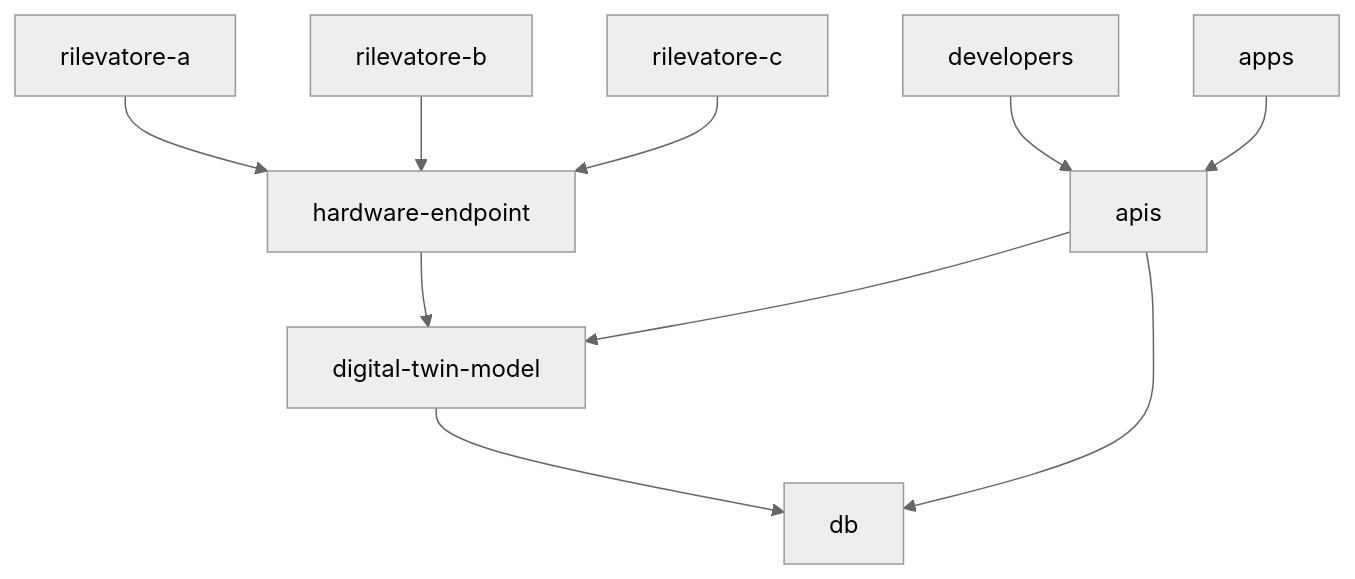
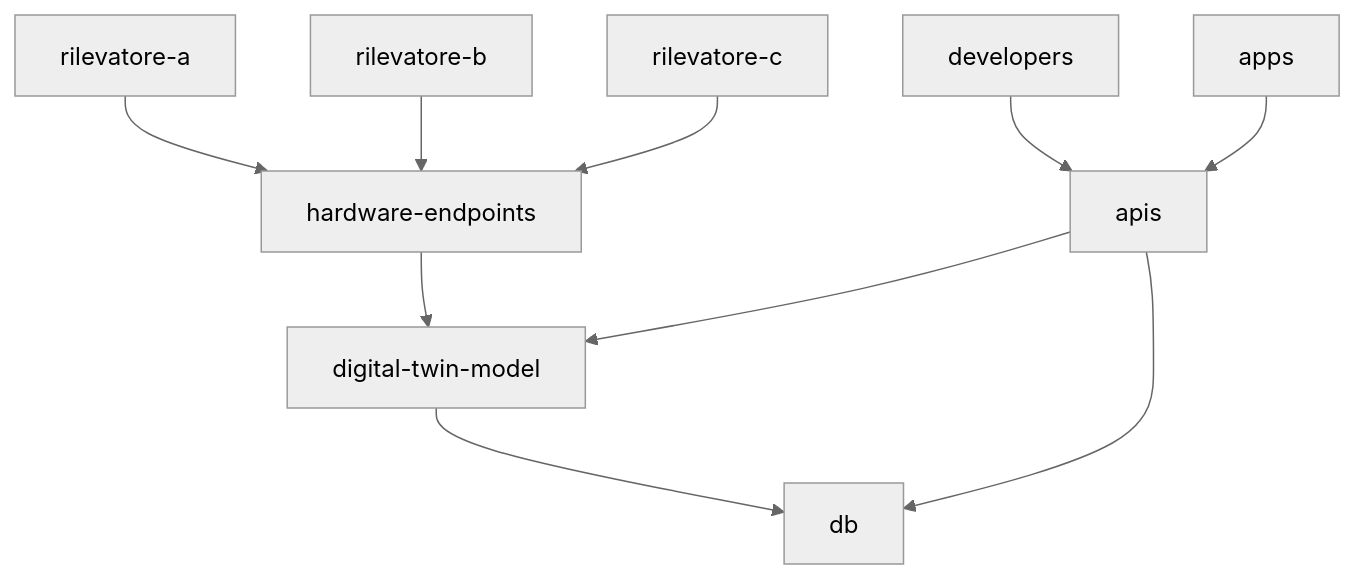
The diagram in README.md (mhllhm/our-water), drawn with Mermaid (neutral theme) before and after one commit.

````diff
--- a/README.md
+++ b/README.md
@@ -30,12 +30,12 @@
 ```mermaid
 graph TD;
-    rilevatore-a-->hardware-endpoint;
-    rilevatore-b-->hardware-endpoint;
-    rilevatore-c-->hardware-endpoint;
-    hardware-endpoint-->digital-twin-model;
+    rilevatore-a-->hardware-endpoints;
+    rilevatore-b-->hardware-endpoints;
+    rilevatore-c-->hardware-endpoints;
+    hardware-endpoints-->digital-twin-model;
     digital-twin-model-->db;
     apis-->digital-twin-model;
     apis-->db;
     developers-->apis;
     apps-->apis;
 ```
````
